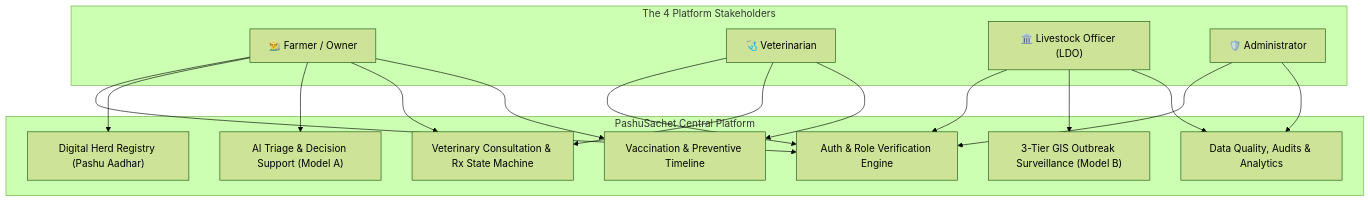
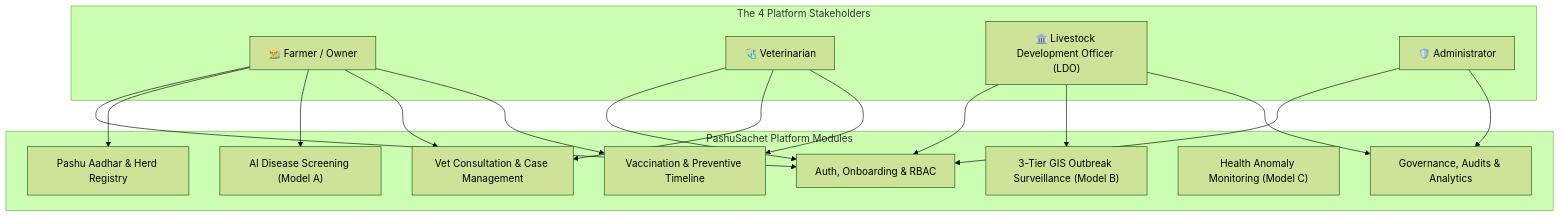
One commit to chetanbhagore/PashuSachet changed the first of 2 diagrams in plans.md. Above: the diagram before and after it, drawn with Mermaid (forest theme). The commit also changed other lines of this file, not shown here.

````diff
--- a/plans.md
+++ b/plans.md
@@ -14,36 +12,25 @@
 ```mermaid
 graph TD
     subgraph Roles["The 4 Platform Stakeholders"]
         R1["👨‍🌾 Farmer / Owner"]
         R2["🩺 Veterinarian"]
-        R3["🏛️ Livestock Officer (LDO)"]
+        R3["🏛️ Livestock Development Officer (LDO)"]
         R4["🛡️ Administrator"]
     end
 
-    subgraph CorePlatform["PashuSachet Central Platform"]
-        P1["Auth & Role Verification Engine"]
-        P2["Digital Herd Registry (Pashu Aadhar)"]
-        P3["AI Triage & Decision Support (Model A)"]
-        P4["Veterinary Consultation & Rx State Machine"]
+    subgraph CorePlatform["PashuSachet Platform Modules"]
+        P1["Auth, Onboarding & RBAC"]
+        P2["Pashu Aadhar & Herd Registry"]
+        P3["AI Disease Screening (Model A)"]
+        P4["Vet Consultation & Case Management"]
         P5["Vaccination & Preventive Timeline"]
         P6["3-Tier GIS Outbreak Surveillance (Model B)"]
-        P7["Data Quality, Audits & Analytics"]
+        P7["Health Anomaly Monitoring (Model C)"]
+        P8["Governance, Audits & Analytics"]
     end
 
-    R1 --> P1
-    R1 --> P2
-    R1 --> P3
-    R1 --> P4
-    R1 --> P5
-
-    R2 --> P1
-    R2 --> P4
-    R2 --> P5
-
-    R3 --> P1
-    R3 --> P6
-    R3 --> P7
-
-    R4 --> P1
-    R4 --> P7
+    R1 --> P1 & P2 & P3 & P4 & P5
+    R2 --> P1 & P4 & P5
+    R3 --> P1 & P6 & P8
+    R4 --> P1 & P8
 ```
````
